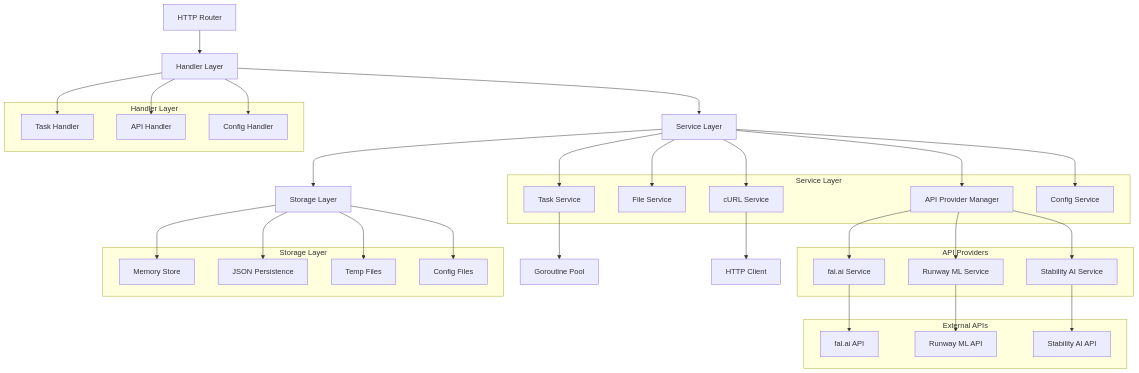
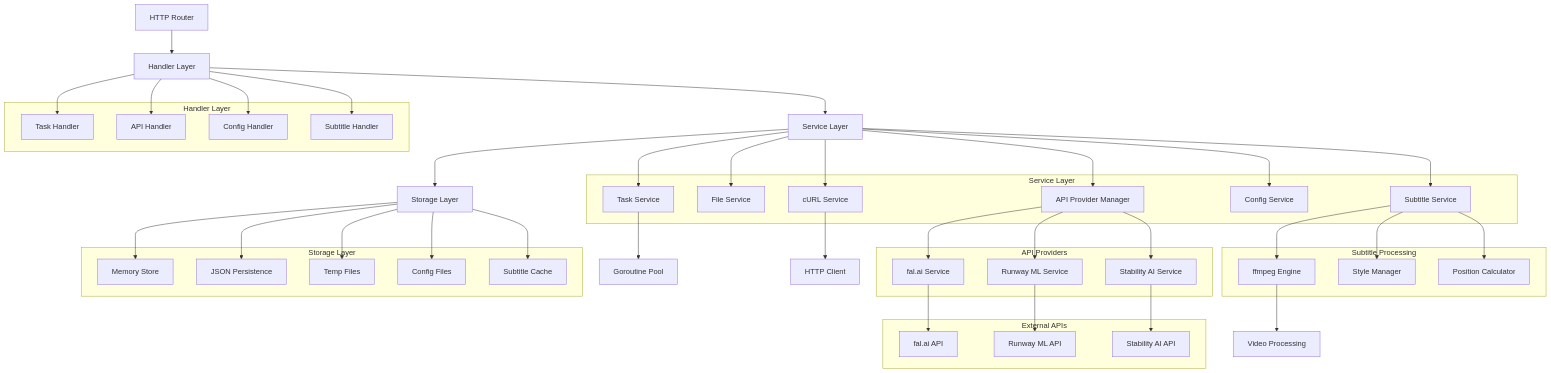
One commit to dominantculture2024/genVideoSub changed the second of 3 diagrams in .trae/documents/genVideoSub_技術架構文檔.md. Above: the diagram before and after it, drawn with Mermaid. The commit also changed other lines of this file and 8 other files, not shown here.

````diff
--- a/.trae/documents/genVideoSub_技術架構文檔.md
+++ b/.trae/documents/genVideoSub_技術架構文檔.md
@@ -379,64 +515,81 @@
 ```mermaid
 graph TD
     A[HTTP Router] --> B[Handler Layer]
     B --> C[Service Layer]
     C --> D[Storage Layer]
     
     B --> B1[Task Handler]
     B --> B2[API Handler]
     B --> B3[Config Handler]
+    B --> B4[Subtitle Handler]
     
     C --> E[Task Service]
     C --> F[File Service]
     C --> G[API Provider Manager]
     C --> H[cURL Service]
     C --> I[Config Service]
+    C --> J[Subtitle Service]
     
     G --> G1[fal.ai Service]
     G --> G2[Runway ML Service]
     G --> G3[Stability AI Service]
     
-    D --> J[Memory Store]
-    D --> K[JSON Persistence]
-    D --> L[Temp Files]
-    D --> M[Config Files]
+    J --> J1[ffmpeg Engine]
+    J --> J2[Style Manager]
+    J --> J3[Position Calculator]
     
-    E --> N[Goroutine Pool]
-    H --> O[HTTP Client]
-    G1 --> P[fal.ai API]
-    G2 --> Q[Runway ML API]
-    G3 --> R[Stability AI API]
+    D --> K[Memory Store]
+    D --> L[JSON Persistence]
+    D --> M[Temp Files]
+    D --> N[Config Files]
+    D --> O[Subtitle Cache]
+    
+    E --> P[Goroutine Pool]
+    H --> Q[HTTP Client]
+    G1 --> R[fal.ai API]
+    G2 --> S[Runway ML API]
+    G3 --> T[Stability AI API]
+    J1 --> U[Video Processing]
     
     subgraph "Handler Layer"
         B1
         B2
         B3
+        B4
     end
     
     subgraph "Service Layer"
         E
         F
         G
         H
         I
+        J
     end
     
     subgraph "API Providers"
         G1
         G2
         G3
     end
     
+    subgraph "Subtitle Processing"
+        J1
+        J2
+        J3
+    end
+    
     subgraph "Storage Layer"
-        J
         K
         L
         M
+        N
+        O
     end
     
     subgraph "External APIs"
-        P
-        Q
         R
+        S
+        T
     end
 ```
````
